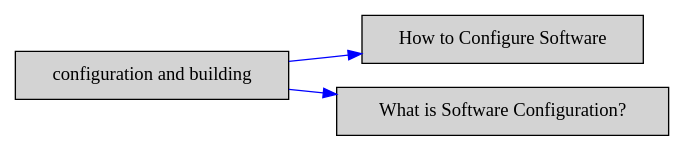
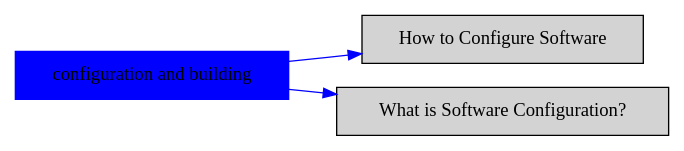
The diagram in markdown/topic_configuration_and_building.dot (duongdo27/Dealii), drawn with Graphviz before and after one commit. The commit also changed 6 other files, not shown here.

```diff
--- a/markdown/topic_configuration_and_building.dot
+++ b/markdown/topic_configuration_and_building.dot
@@ -1,10 +1,11 @@
 digraph bettersoftware {
             rankdir = LR;
             ratio = fill;
             node [style=filled];
             node [shape = box];
+"configuration and building" [colorscheme="svg" color="blue"]
 "configuration and building" ->  "HowToConfigureSw.md" [colorscheme="svg" color="blue"];
 "HowToConfigureSw.md" [label="How to Configure Software" URL="http://bss.parallactic.com/resources/how-to-configure-software"];
 "configuration and building" ->  "WhatIsSwConfiguration.md" [colorscheme="svg" color="blue"];
 "WhatIsSwConfiguration.md" [label="What is Software Configuration?" URL="http://bss.parallactic.com/resources/what-is-software-configuration?"];
 }
```
